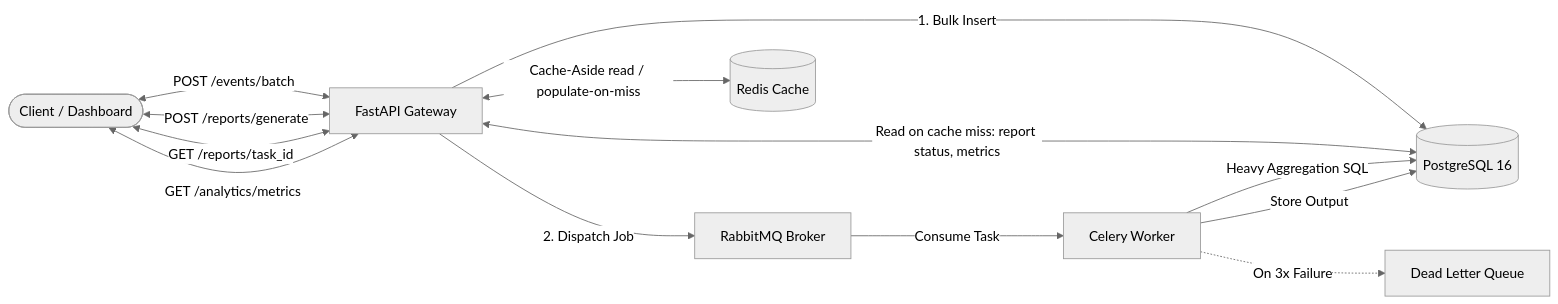
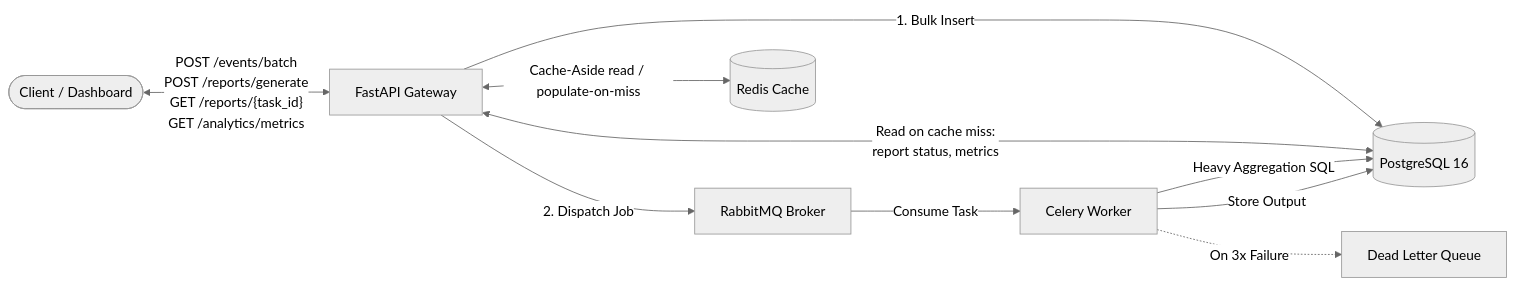
The diagram in README.md (Avrhambi/async-report-engine), drawn with Mermaid (neutral theme) before and after one commit.

Commit message:
readme: merge four client-API edges into one multi-line label so diagram renders larger

````diff
--- a/README.md
+++ b/README.md
@@ -18,17 +18,16 @@
 ```mermaid
 flowchart LR
-    Client([Client / Dashboard]) <-->|POST /events/batch| API[FastAPI Gateway]
-    Client <-->|POST /reports/generate| API
-    Client <-->|GET /reports/task_id| API
-    Client <-->|GET /analytics/metrics| API
+    Client([Client / Dashboard])
+
+    Client <-->|"POST /events/batch<br/>POST /reports/generate<br/>GET /reports/{task_id}<br/>GET /analytics/metrics"| API[FastAPI Gateway]
 
     API -->|1. Bulk Insert| DB[(PostgreSQL 16)]
     API -->|2. Dispatch Job| RMQ[RabbitMQ Broker]
     API <-->|Cache-Aside read / populate-on-miss| REDIS[(Redis Cache)]
-    API <-->|Read on cache miss: report status, metrics| DB
+    API <-->|Read on cache miss:<br/>report status, metrics| DB
 
     RMQ -->|Consume Task| WORKER[Celery Worker]
     WORKER -->|Heavy Aggregation SQL| DB
     WORKER -->|Store Output| DB
     WORKER -.->|On 3x Failure| DLQ[Dead Letter Queue]
 ```
````
